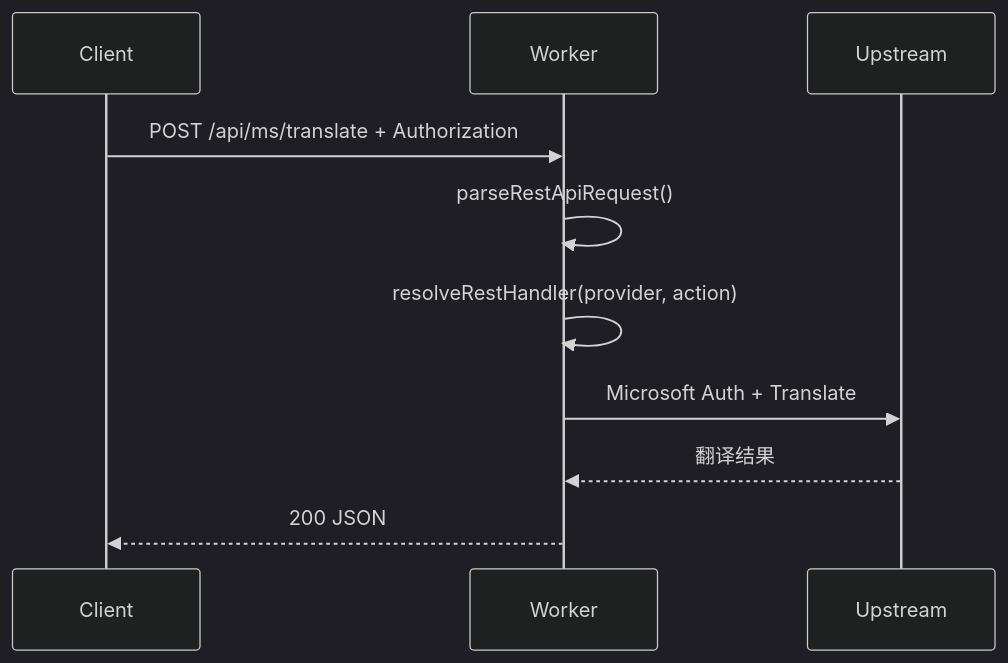
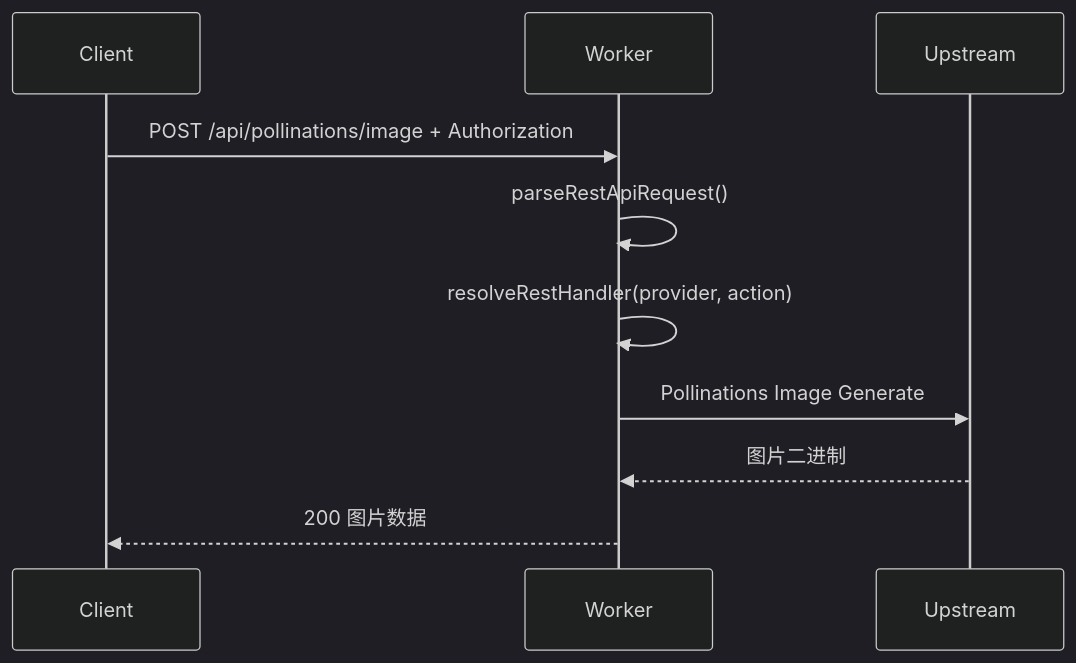
Before and after one commit to archerzz123/cf-worker-cloud: the second of 3 diagrams in DEVELOPMENT.md, drawn with Mermaid (dark theme). The commit also changed other lines of this file and 3 other files, not shown here.

First line of the commit message:
Add Pollinations image generation with OpenAI-compatible endpoint

````diff
--- a/DEVELOPMENT.md
+++ b/DEVELOPMENT.md
@@ -23,13 +26,13 @@
 ```mermaid
 sequenceDiagram
   participant Client
   participant Worker
   participant Upstream
 
-  Client->>Worker: POST /api/ms/translate + Authorization
+  Client->>Worker: POST /api/pollinations/image + Authorization
   Worker->>Worker: parseRestApiRequest()
   Worker->>Worker: resolveRestHandler(provider, action)
-  Worker->>Upstream: Microsoft Auth + Translate
-  Upstream-->>Worker: 翻译结果
-  Worker-->>Client: 200 JSON
+  Worker->>Upstream: Pollinations Image Generate
+  Upstream-->>Worker: 图片二进制
+  Worker-->>Client: 200 图片数据
 ```
````
